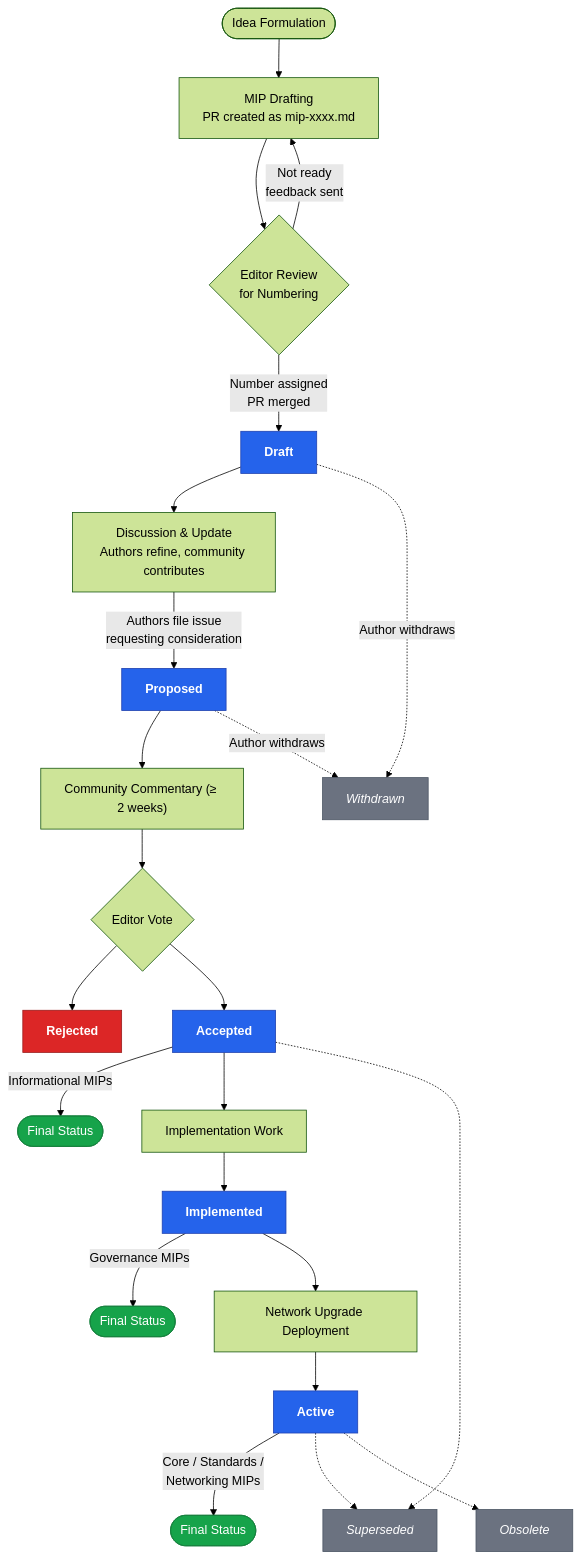
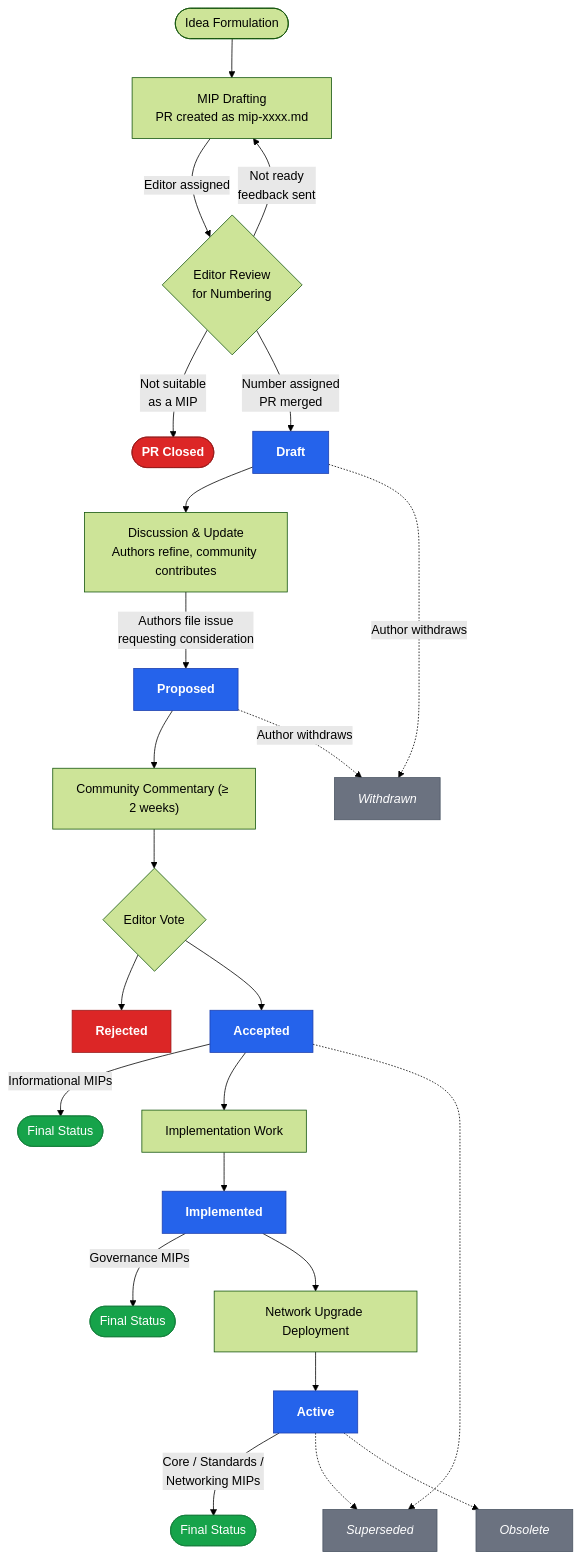
The diagram in mips/mip-0001-Midnight-Improvement-Proposal-Process.md (midnightntwrk/midnight-improvement-proposals), drawn with Mermaid (forest theme) before and after one commit. The commit also changed other lines of this file, not shown here.

First line of the commit message:
Address Ron's feedback: early rejection, editor assignment, transition gates

````diff
--- a/mips/mip-0001-Midnight-Improvement-Proposal-Process.md
+++ b/mips/mip-0001-Midnight-Improvement-Proposal-Process.md
@@ -63,44 +63,45 @@
 ```mermaid
 flowchart TD
     %% Process steps
     A([Idea Formulation]) --> B[MIP Drafting<br/>PR created as mip-xxxx.md]
-    B --> C{Editor Review<br/>for Numbering}
+    B -->|Editor assigned| C{Editor Review<br/>for Numbering}
     C -->|Not ready<br/>feedback sent| B
+    C -->|Not suitable<br/>as a MIP| Closed([PR Closed]):::rejected
     C -->|Number assigned<br/>PR merged| Draft
 
     %% Status: Draft
     Draft[Draft]:::status --> D[Discussion & Update<br/>Authors refine, community contributes]
     D -->|Authors file issue<br/>requesting consideration| Proposed
 
     %% Status: Proposed
     Proposed[Proposed]:::status --> E["Community Commentary (≥ 2 weeks)"]
     E --> F{Editor Vote}
     F --> Rejected[Rejected]:::rejected
     F --> Accepted
 
     %% Status: Accepted
     Accepted[Accepted]:::status -->|Informational MIPs| Final1([Final Status]):::final
     Accepted --> G[Implementation Work]
 
     %% Status: Implemented
     G --> Implemented[Implemented]:::status
     Implemented -->|Governance MIPs| Final2([Final Status]):::final
     Implemented --> H[Network Upgrade Deployment]
 
     %% Status: Active
     H --> Active[Active]:::status
     Active -->|Core / Standards /<br/>Networking MIPs| Final3([Final Status]):::final
 
     %% Special statuses (exceptional transitions)
     Draft -.->|Author withdraws| Withdrawn[Withdrawn]:::special
     Proposed -.->|Author withdraws| Withdrawn
     Accepted -.-> Superseded[Superseded]:::special
     Active -.-> Superseded
     Active -.-> Obsolete[Obsolete]:::special
 
     %% Styling
     classDef status fill:#2563eb,stroke:#1e40af,color:#fff,font-weight:bold
     classDef rejected fill:#dc2626,stroke:#991b1b,color:#fff,font-weight:bold
     classDef special fill:#6b7280,stroke:#4b5563,color:#fff,font-style:italic
     classDef final fill:#16a34a,stroke:#15803d,color:#fff
 ```
````
